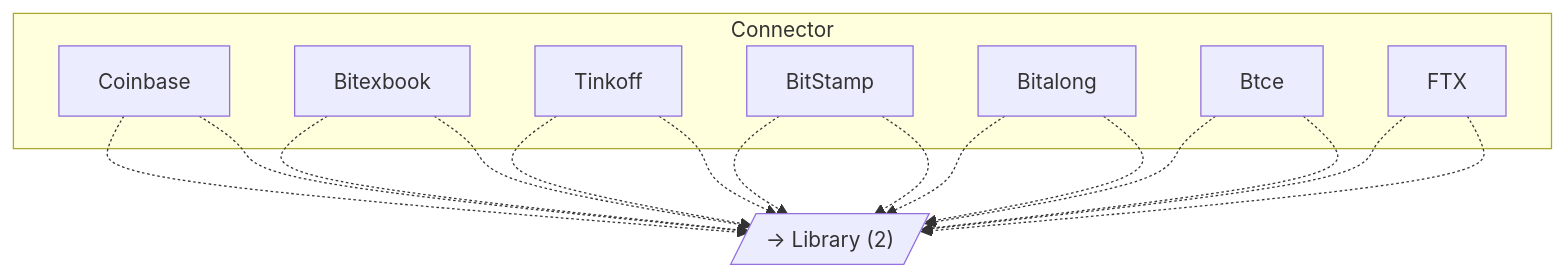
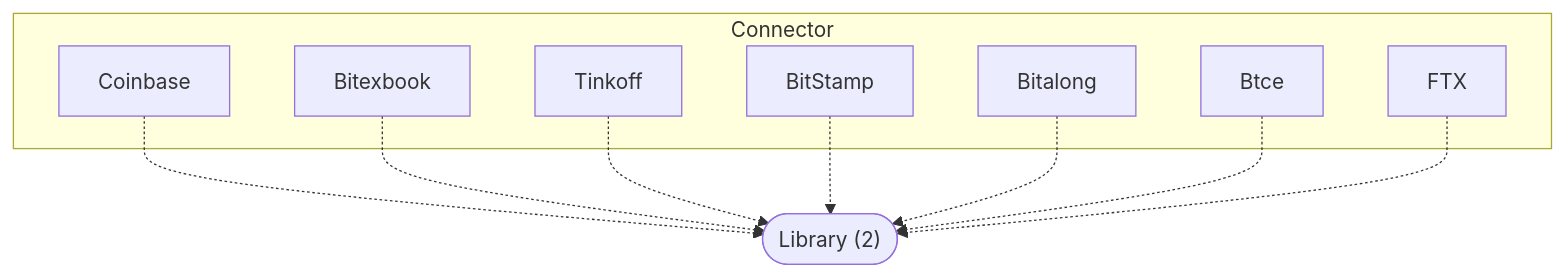
The diagram in output-stocksharp/docs/diagrams/category-connector.mmd (GanizaniSitara/tools-static-analysis), drawn with Mermaid before and after one commit. The commit also changed 37 other files, not shown here.

First line of the commit message:
Fix Mermaid syntax error and add zoom controls to viewer

```diff
--- a/output-stocksharp/docs/diagrams/category-connector.mmd
+++ b/output-stocksharp/docs/diagrams/category-connector.mmd
@@ -1,25 +1,18 @@
 graph TD
     subgraph connector["Connector"]
         StockSharp_Coinbase["Coinbase"]
         StockSharp_Bitexbook["Bitexbook"]
         StockSharp_Tinkoff["Tinkoff"]
         StockSharp_BitStamp["BitStamp"]
         StockSharp_Bitalong["Bitalong"]
         StockSharp_Btce["Btce"]
         StockSharp_FTX["FTX"]
     end
-    ext_library[/"→ Library (2)"/]
-    StockSharp_Coinbase -.-> ext_library
+    ext_library(["Library (2)"])
     StockSharp_Coinbase -.-> ext_library
     StockSharp_Bitexbook -.-> ext_library
-    StockSharp_Bitexbook -.-> ext_library
-    StockSharp_Tinkoff -.-> ext_library
     StockSharp_Tinkoff -.-> ext_library
     StockSharp_BitStamp -.-> ext_library
-    StockSharp_BitStamp -.-> ext_library
-    StockSharp_Bitalong -.-> ext_library
     StockSharp_Bitalong -.-> ext_library
     StockSharp_Btce -.-> ext_library
-    StockSharp_Btce -.-> ext_library
     StockSharp_FTX -.-> ext_library
-    StockSharp_FTX -.-> ext_library
```
